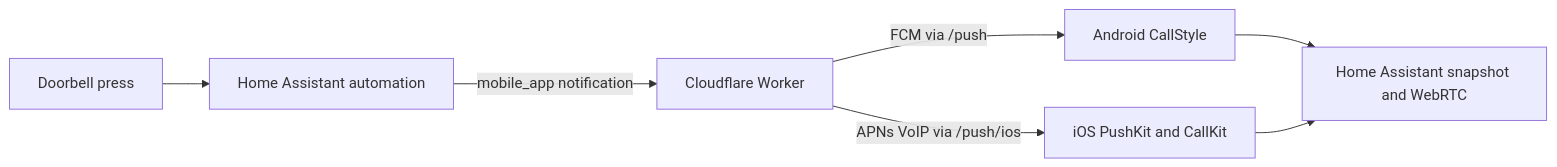
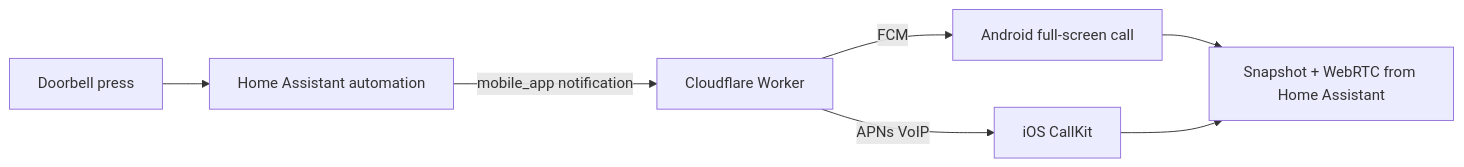
Before and after one commit to Niek/doorbell-companion: the diagram in README.md, drawn with Mermaid. The commit also changed other lines of this file and 4 other files, not shown here.

````diff
--- a/README.md
+++ b/README.md
@@ -21,9 +26,9 @@
 ```mermaid
 flowchart LR
     Doorbell["Doorbell press"] --> HA["Home Assistant automation"]
     HA -->|"mobile_app notification"| Relay["Cloudflare Worker"]
-    Relay -->|"FCM via /push"| Android["Android CallStyle"]
-    Relay -->|"APNs VoIP via /push/ios"| iOS["iOS PushKit and CallKit"]
-    Android --> Stream["Home Assistant snapshot and WebRTC"]
+    Relay -->|"FCM"| Android["Android full-screen call"]
+    Relay -->|"APNs VoIP"| iOS["iOS CallKit"]
+    Android --> Stream["Snapshot + WebRTC from Home Assistant"]
     iOS --> Stream
 ```
````
